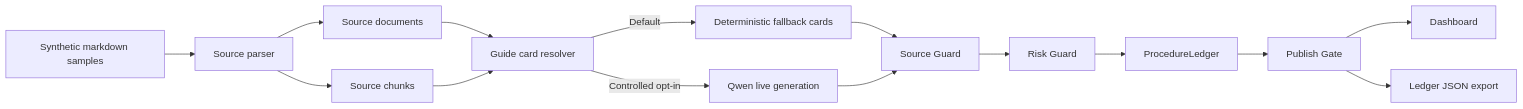
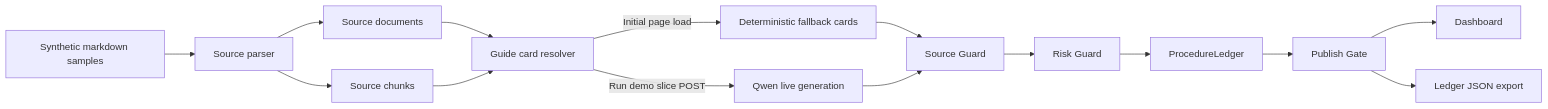
The diagram in README.md (sofus-deng/tracecue), drawn with Mermaid before and after one commit. The commit also changed other lines of this file, not shown here.

Commit message:
docs(readme): document explicit demo run flow

````diff
--- a/README.md
+++ b/README.md
@@ -52,17 +52,17 @@
 ```mermaid
 flowchart LR
   A[Synthetic markdown samples] --> B[Source parser]
   B --> C[Source documents]
   B --> D[Source chunks]
   C --> E[Guide card resolver]
   D --> E
-  E -->|Default| F[Deterministic fallback cards]
-  E -->|Controlled opt-in| G[Qwen live generation]
+  E -->|Initial page load| F[Deterministic fallback cards]
+  E -->|Run demo slice POST| G[Qwen live generation]
   F --> H[Source Guard]
   G --> H
   H --> I[Risk Guard]
   I --> J[ProcedureLedger]
   J --> K[Publish Gate]
   K --> L[Dashboard]
   K --> M[Ledger JSON export]
 ```
````
